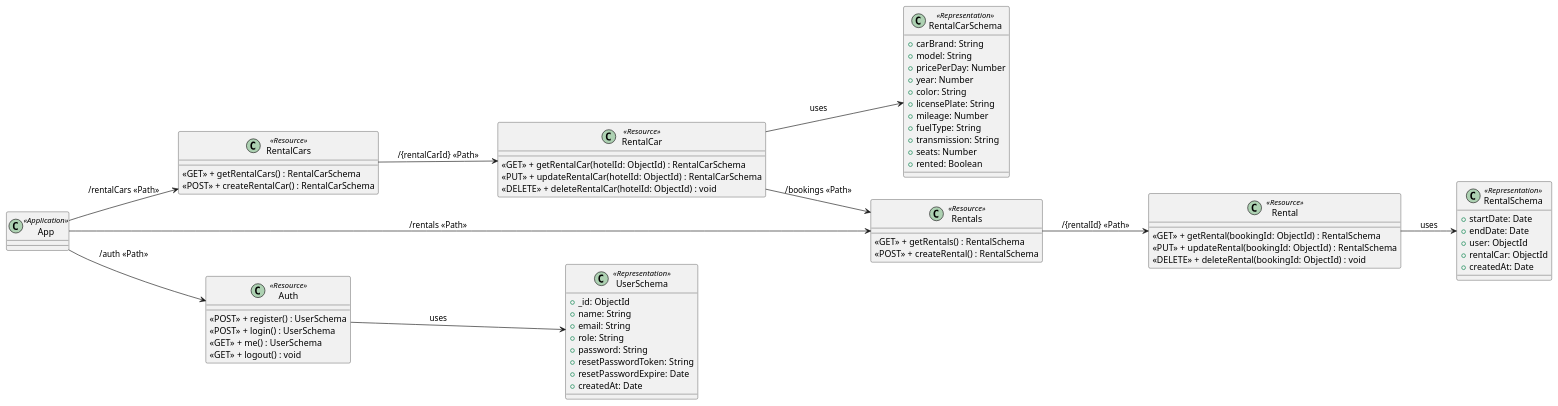
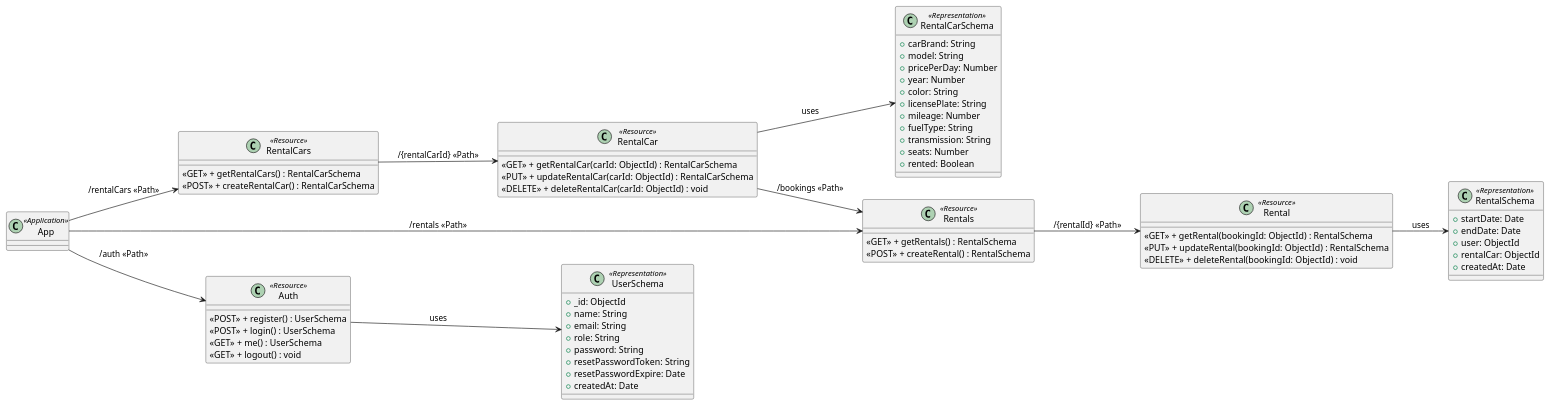
One commit to NinePoonyawat/SW_Project changed the diagram in backend/umls/smart/classdiagram.puml. Above: the diagram before and after it, drawn with PlantUML. The commit also changed 27 other files, not shown here.

Commit message:
sequece diagram

```diff
--- a/backend/umls/smart/classdiagram.puml
+++ b/backend/umls/smart/classdiagram.puml
@@ -1,82 +1,82 @@
 @startuml Class Diagram
 
 left to right direction
 
 class App <<Application>> {
 }
 
 class RentalCars <<Resource>> {
   <<GET>> + getRentalCars() : RentalCarSchema
   <<POST>> + createRentalCar() : RentalCarSchema
 }
 
 class RentalCar <<Resource>> {
-  <<GET>> + getRentalCar(hotelId: ObjectId) : RentalCarSchema
-  <<PUT>> + updateRentalCar(hotelId: ObjectId) : RentalCarSchema
-  <<DELETE>> + deleteRentalCar(hotelId: ObjectId) : void
+  <<GET>> + getRentalCar(carId: ObjectId) : RentalCarSchema
+  <<PUT>> + updateRentalCar(carId: ObjectId) : RentalCarSchema
+  <<DELETE>> + deleteRentalCar(carId: ObjectId) : void
 }
 
 class Rentals <<Resource>> {
   <<GET>> + getRentals() : RentalSchema
   <<POST>> + createRental() : RentalSchema
 }
 
 class Rental <<Resource>> {
   <<GET>> + getRental(bookingId: ObjectId) : RentalSchema
   <<PUT>> + updateRental(bookingId: ObjectId) : RentalSchema
   <<DELETE>> + deleteRental(bookingId: ObjectId) : void
 }
 
 class Auth <<Resource>> {
   <<POST>> + register() : UserSchema
   <<POST>> + login() : UserSchema
   <<GET>> + me() : UserSchema
   <<GET>> + logout() : void
 }
 
 class RentalCarSchema <<Representation>>{
   + carBrand: String
   + model: String
   + pricePerDay: Number
   + year: Number
   + color: String
   + licensePlate: String
   + mileage: Number
   + fuelType: String
   + transmission: String
   + seats: Number
   + rented: Boolean
 }
 
 class RentalSchema <<Representation>>{
   + startDate: Date
   + endDate: Date
   + user: ObjectId
   + rentalCar: ObjectId
   + createdAt: Date
 }
 
 class UserSchema <<Representation>> {
   +_id: ObjectId
   +name: String
   +email: String
   +role: String
   +password: String
   +resetPasswordToken: String
   +resetPasswordExpire: Date
   +createdAt: Date
 }
 
 App --> RentalCars : /rentalCars <<Path>>
 App --> Rentals : /rentals <<Path>>
 App --> Auth : /auth <<Path>>
 Auth --> UserSchema : uses 
 RentalCars --> RentalCar : /{rentalCarId} <<Path>>
 RentalCar --> RentalCarSchema : uses
 
 RentalCar --> Rentals : /bookings <<Path>>
 
 Rentals --> Rental : /{rentalId} <<Path>>
 Rental --> RentalSchema : uses
 
 @enduml
```
